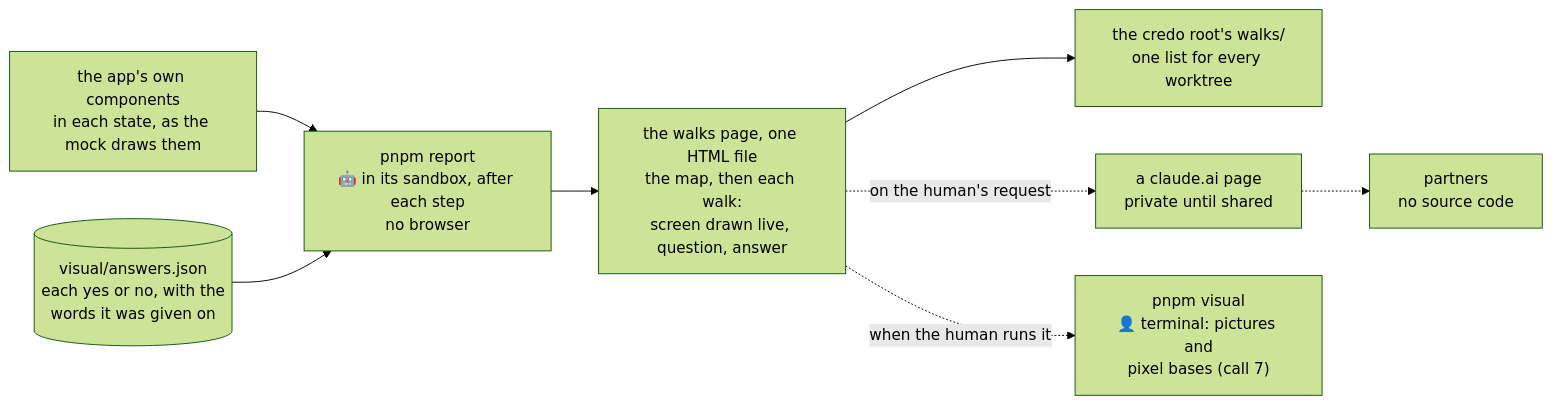
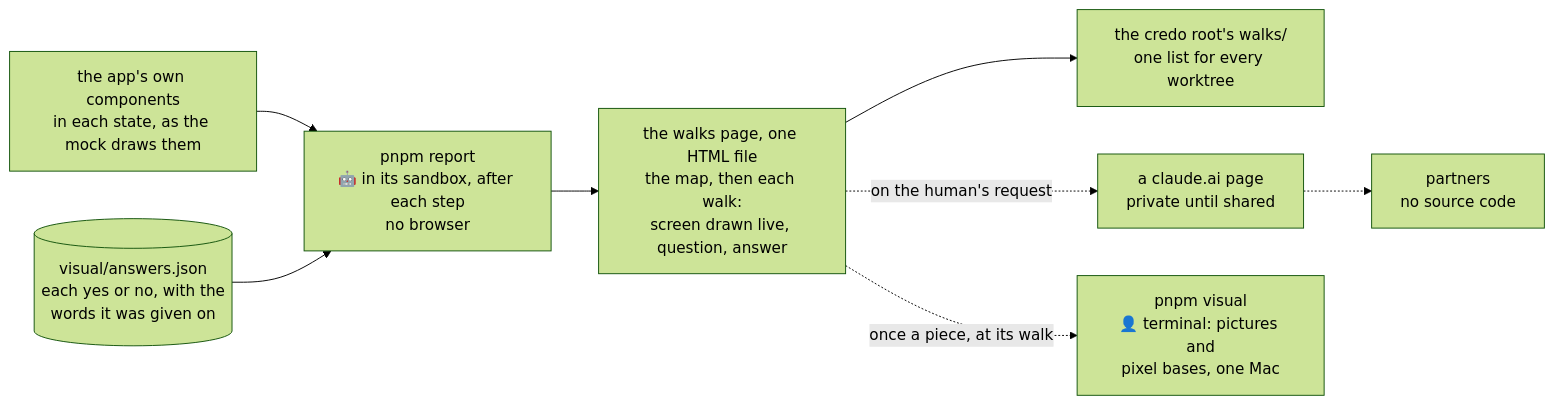
One commit to ancJ29/credo changed the diagram in docs/plans/2026-10-28-visual-report.md. Above: the diagram before and after it, drawn with Mermaid (forest theme). The commit also changed other lines of this file, not shown here.

First line of the commit message:
docs(plan): the visual report's second read, call 7 answered A and every row kept

````diff
--- a/docs/plans/2026-10-28-visual-report.md
+++ b/docs/plans/2026-10-28-visual-report.md
@@ -25,11 +26,11 @@
 ```mermaid
 flowchart LR
   ui["the app's own components<br/>in each state, as the mock draws them"] --> build
   answers[("visual/answers.json<br/>each yes or no, with the<br/>words it was given on")] --> build
   build["pnpm report<br/>🤖 in its sandbox, after each step<br/>no browser"] --> page
   page["the walks page, one HTML file<br/>the map, then each walk:<br/>screen drawn live, question, answer"]
   page --> folder["the credo root's walks/<br/>one list for every worktree"]
   page -. "on the human's request" .-> claude["a claude.ai page<br/>private until shared"]
   claude -.-> partners["partners<br/>no source code"]
-  page -. "when the human runs it" .-> visual["pnpm visual<br/>👤 terminal: pictures and<br/>pixel bases (call 7)"]
+  page -. "once a piece, at its walk" .-> visual["pnpm visual<br/>👤 terminal: pictures and<br/>pixel bases, one Mac"]
 ```
````
